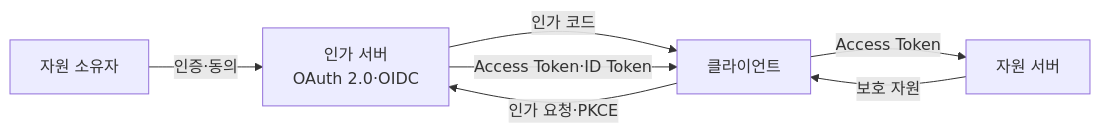
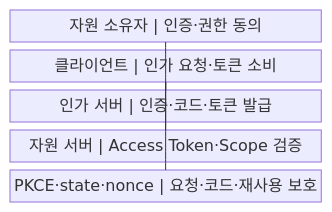
The first of 2 diagrams in src/content/docs/notes/03-software/174_oauth2_oidc.md (agnusdei1207/knowledge-base), drawn with Mermaid before and after one commit. The commit also changed other lines of this file and 20 other files, not shown here.

````diff
--- a/src/content/docs/notes/03-software/174_oauth2_oidc.md
+++ b/src/content/docs/notes/03-software/174_oauth2_oidc.md
@@ -61,9 +57,13 @@
 ```mermaid
-flowchart LR
-    U["자원 소유자"] -->|"인증·동의"| A["인가 서버<br/>OAuth 2.0·OIDC"]
-    C["클라이언트"] -->|"인가 요청·PKCE"| A
-    A -->|"인가 코드"| C
-    A -->|"Access Token·ID Token"| C
-    C -->|"Access Token"| R["자원 서버"]
-    R -->|"보호 자원"| C
+block
+    columns 1
+    A["자원 소유자 | 인증·권한 동의"]
+    B["클라이언트 | 인가 요청·토큰 소비"]
+    C["인가 서버 | 인증·코드·토큰 발급"]
+    D["자원 서버 | Access Token·Scope 검증"]
+    E["PKCE·state·nonce | 요청·코드·재사용 보호"]
+    A --- C
+    B --- C
+    B --- D
+    B --- E
 ```
````
